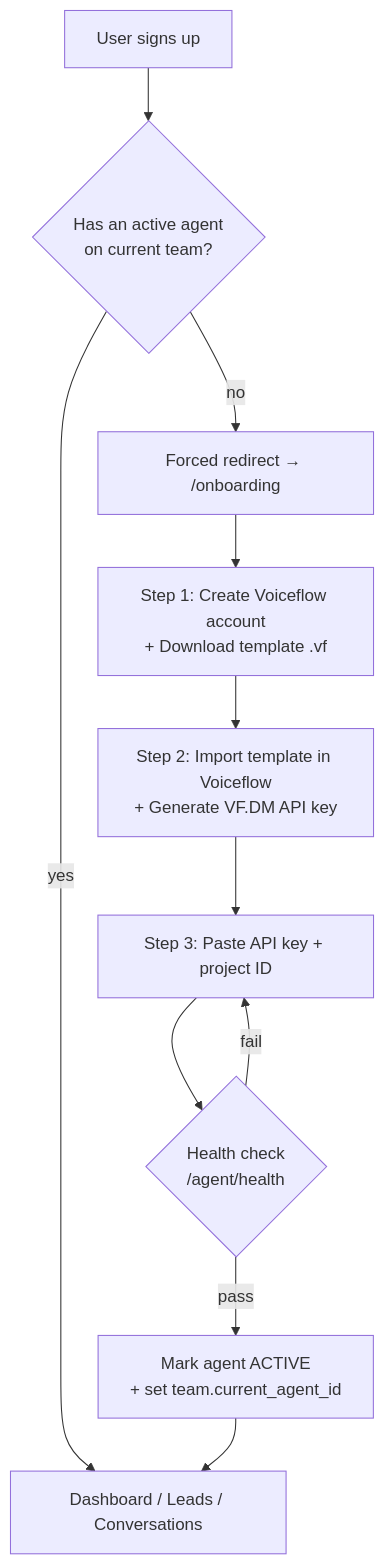
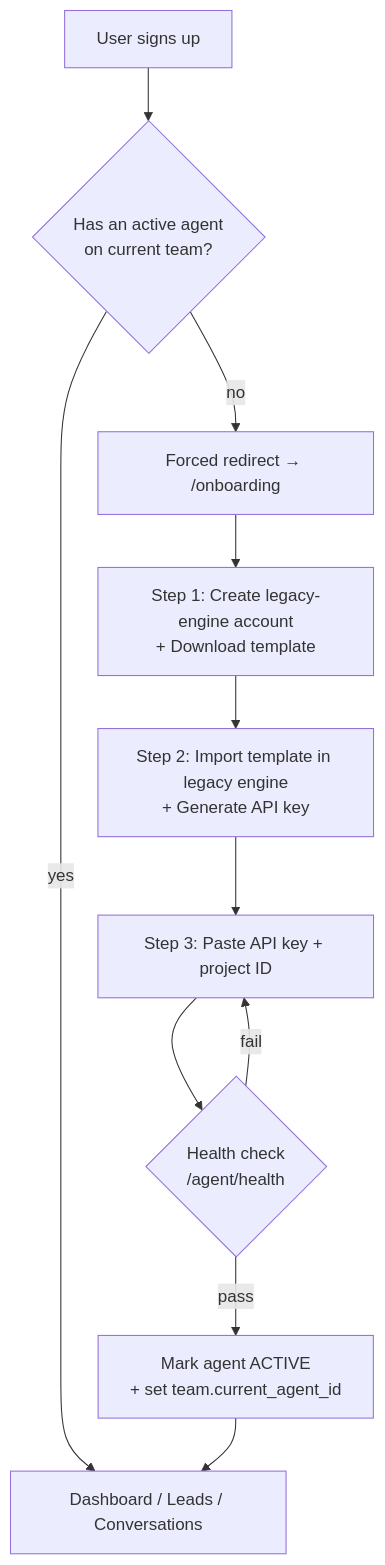
Before and after one commit to Neoptolemospapadiofantous/automation_dashboard: the first of 7 diagrams in docs/phase-13-multitenancy.md, drawn with Mermaid. The commit also changed other lines of this file and 515 other files, not shown here.

````diff
--- a/docs/phase-13-multitenancy.md
+++ b/docs/phase-13-multitenancy.md
@@ -13,13 +24,13 @@
 ```mermaid
 flowchart TD
     A[User signs up] --> B{Has an active agent\non current team?}
     B -- yes --> H[Dashboard / Leads / Conversations]
     B -- no --> C[Forced redirect → /onboarding]
-    C --> D[Step 1: Create Voiceflow account\n+ Download template .vf]
-    D --> E[Step 2: Import template in Voiceflow\n+ Generate VF.DM API key]
+    C --> D[Step 1: Create legacy-engine account\n+ Download template]
+    D --> E[Step 2: Import template in legacy engine\n+ Generate API key]
     E --> F[Step 3: Paste API key + project ID]
     F --> G{Health check\n/agent/health}
     G -- fail --> F
     G -- pass --> I[Mark agent ACTIVE\n+ set team.current_agent_id]
     I --> H
 ```
````
